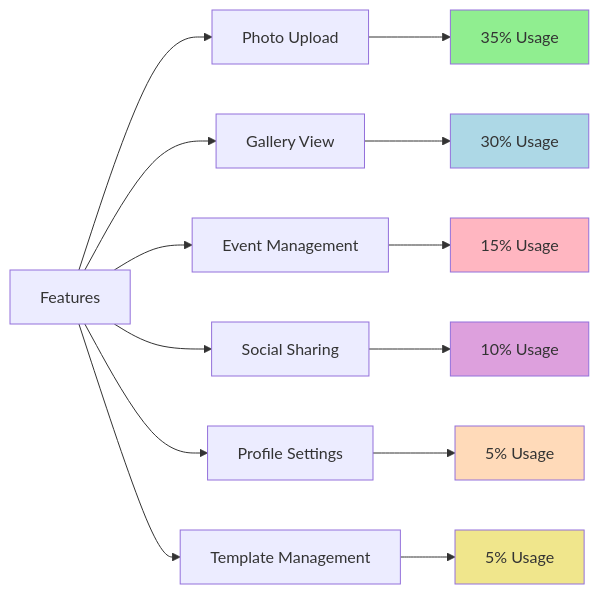
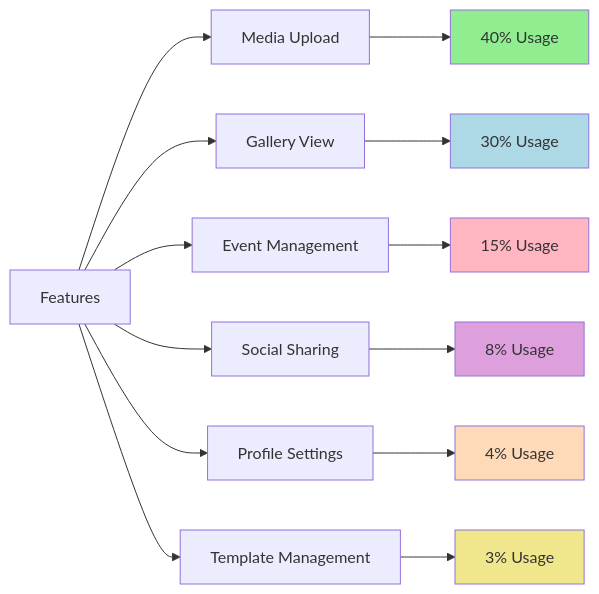
Before and after one commit to mrj0nesmtl/cloud-burst: the fifth of 5 diagrams in docs/user-flows/user_flow_overview.md, drawn with Mermaid. The commit also changed other lines of this file and 37 other files, not shown here.

````diff
--- a/docs/user-flows/user_flow_overview.md
+++ b/docs/user-flows/user_flow_overview.md
@@ -139,23 +165,23 @@
 ```mermaid
 graph LR
-    A[Features] --> B[Photo Upload]
+    A[Features] --> B[Media Upload]
     A --> C[Gallery View]
     A --> D[Event Management]
     A --> E[Social Sharing]
     A --> F[Profile Settings]
     A --> G[Template Management]
     
-    B --> H[35% Usage]
+    B --> H[40% Usage]
     C --> I[30% Usage]
     D --> J[15% Usage]
-    E --> K[10% Usage]
-    F --> L[5% Usage]
-    G --> M[5% Usage]
+    E --> K[8% Usage]
+    F --> L[4% Usage]
+    G --> M[3% Usage]
 
     style H fill:#90EE90
     style I fill:#ADD8E6
     style J fill:#FFB6C1
     style K fill:#DDA0DD
     style L fill:#FFDAB9
     style M fill:#F0E68C
 ```
````
